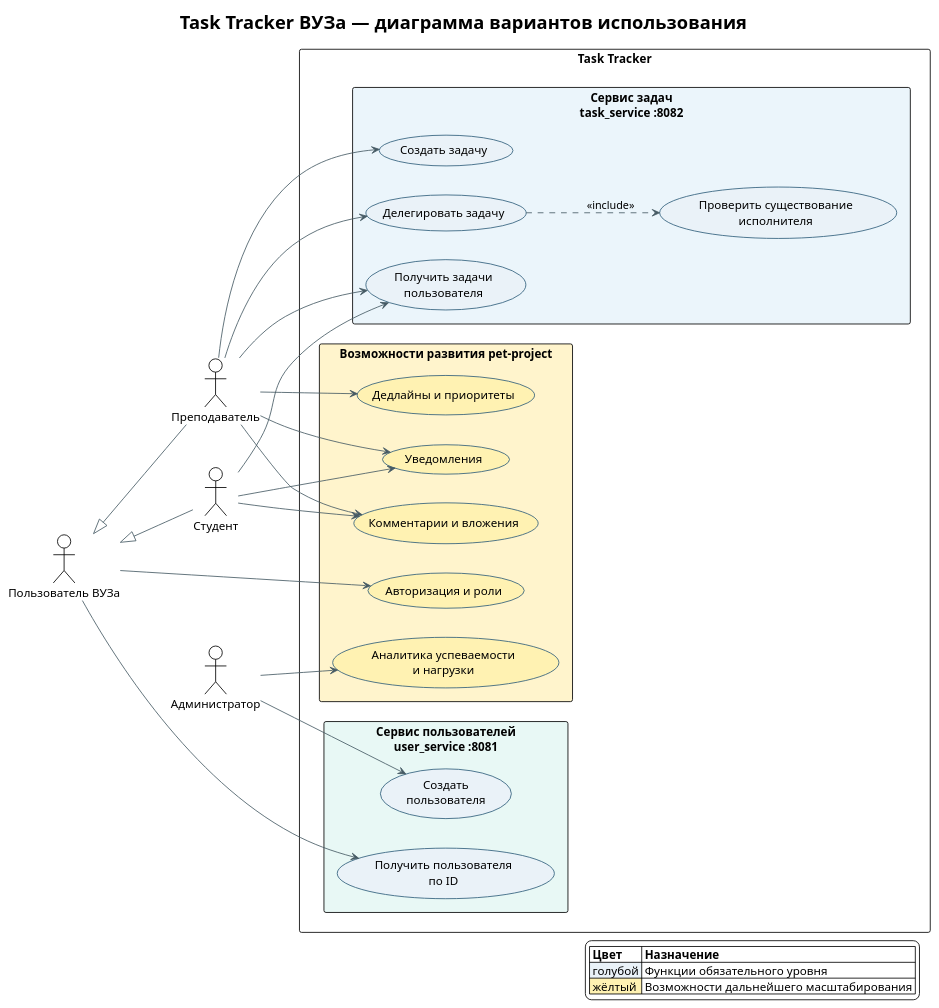
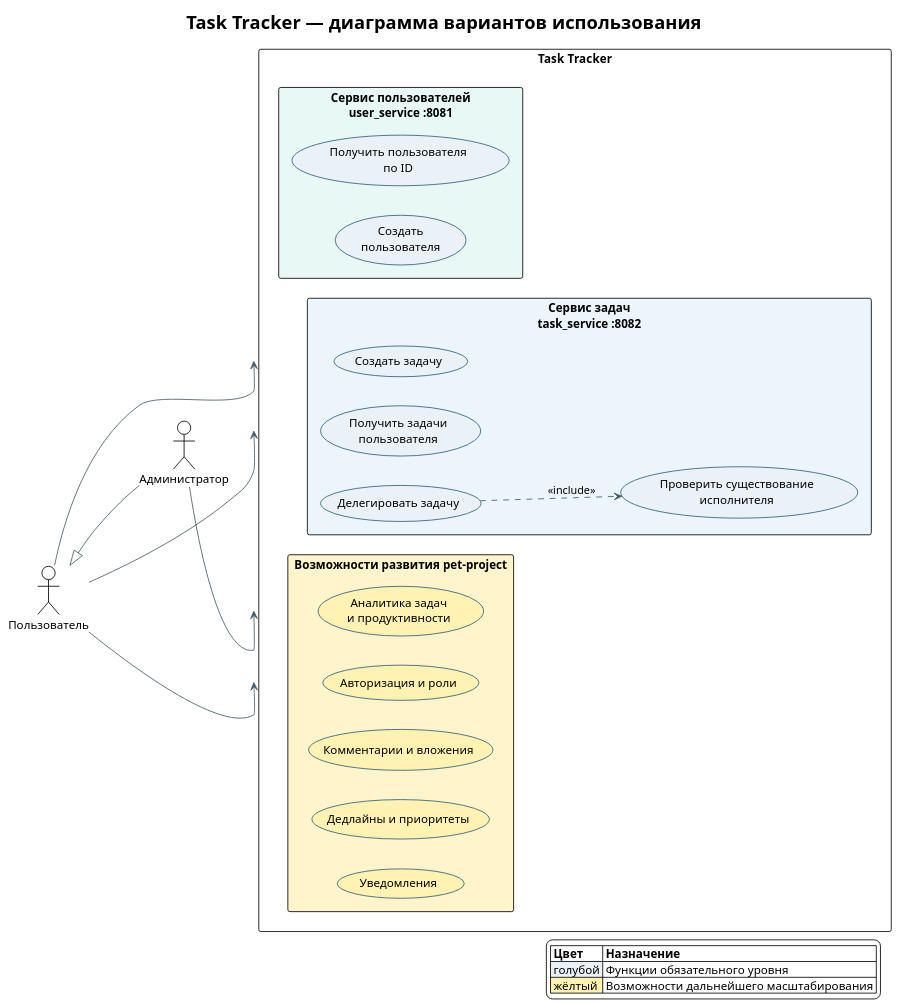
One commit to sendmeyoursm1le/task-tracker-monorepo changed the diagram in docs/use-case-diagram.puml. Above: the diagram before and after it, drawn with PlantUML. The commit also changed 2 other files, not shown here.

Commit message:
Align diagrams with generic Task Tracker domain

```diff
--- a/docs/use-case-diagram.puml
+++ b/docs/use-case-diagram.puml
@@ -1,68 +1,62 @@
 @startuml
 !theme plain
 
-title Task Tracker ВУЗа — диаграмма вариантов использования
+title Task Tracker — диаграмма вариантов использования
 left to right direction
 
 skinparam shadowing false
 skinparam packageStyle rectangle
 skinparam usecase {
   BackgroundColor #EAF2F8
   BorderColor #2E5D7B
   ArrowColor #455A64
 }
 
-actor "Пользователь ВУЗа" as User
-actor "Преподаватель" as Teacher
-actor "Студент" as Student
+actor "Пользователь" as User
 actor "Администратор" as Admin
 
-User <|-- Teacher
-User <|-- Student
+User <|-- Admin
 
 rectangle "Task Tracker" {
   package "Сервис пользователей\nuser_service :8081" #E8F8F5 {
     usecase "Создать\nпользователя" as UC_CreateUser
     usecase "Получить пользователя\nпо ID" as UC_GetUser
   }
 
   package "Сервис задач\ntask_service :8082" #EBF5FB {
     usecase "Создать задачу" as UC_CreateTask
     usecase "Получить задачи\nпользователя" as UC_GetTasks
     usecase "Делегировать задачу" as UC_Delegate
     usecase "Проверить существование\nисполнителя" as UC_CheckAssignee
   }
 
   package "Возможности развития pet-project" #FFF4CC {
     usecase "Авторизация и роли" as FUT_Auth #FFF2B2
     usecase "Комментарии и вложения" as FUT_Comments #FFF2B2
     usecase "Дедлайны и приоритеты" as FUT_Deadlines #FFF2B2
     usecase "Уведомления" as FUT_Notifications #FFF2B2
-    usecase "Аналитика успеваемости\nи нагрузки" as FUT_Analytics #FFF2B2
+    usecase "Аналитика задач\nи продуктивности" as FUT_Analytics #FFF2B2
   }
 }
 
 Admin --> UC_CreateUser
 User --> UC_GetUser
-Teacher --> UC_CreateTask
-Teacher --> UC_GetTasks
-Student --> UC_GetTasks
-Teacher --> UC_Delegate
+User --> UC_CreateTask
+User --> UC_GetTasks
+User --> UC_Delegate
 
 UC_Delegate ..> UC_CheckAssignee : <<include>>
 
 User --> FUT_Auth
-Teacher --> FUT_Comments
-Student --> FUT_Comments
-Teacher --> FUT_Deadlines
-Student --> FUT_Notifications
-Teacher --> FUT_Notifications
+User --> FUT_Comments
+User --> FUT_Deadlines
+User --> FUT_Notifications
 Admin --> FUT_Analytics
 
 legend right
   |= Цвет |= Назначение |
   | <#EAF2F8> голубой | Функции обязательного уровня |
   | <#FFF2B2> жёлтый | Возможности дальнейшего масштабирования |
 endlegend
 
 @enduml
```
